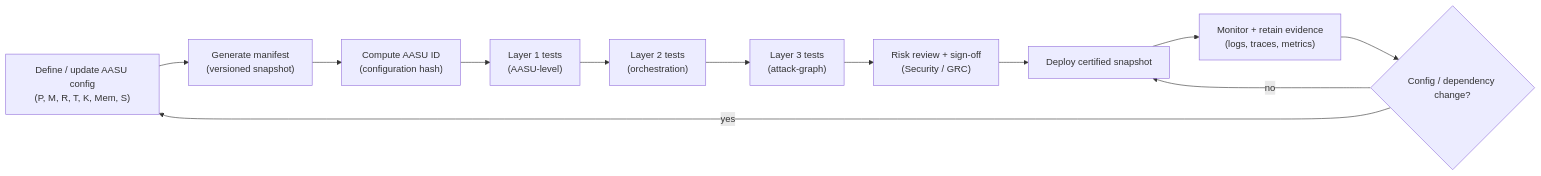
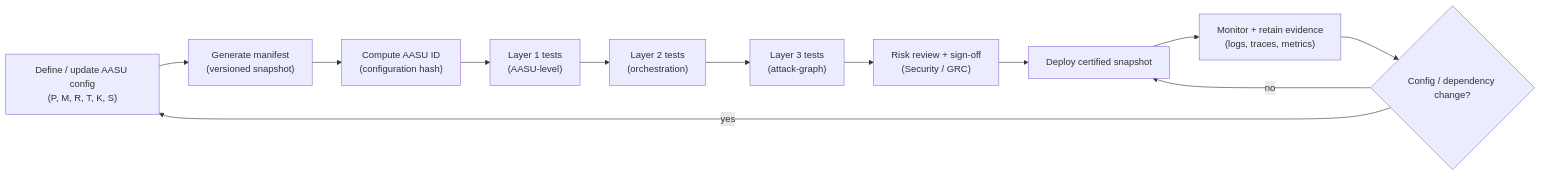
Before and after one commit to SAISec/AASU: the ninth of 9 diagrams in AASU_White_Paper_Consolidated_v2_2.md, drawn with Mermaid. The commit also changed other lines of this file and 16 other files, not shown here.

````diff
--- a/AASU_White_Paper_Consolidated_v2_2.md
+++ b/AASU_White_Paper_Consolidated_v2_2.md
@@ -350,17 +346,17 @@
 ```mermaid
 flowchart LR
-  DEV["Define / update AASU config<br/>(P, M, R, T, K, Mem, S)"] --> MAN["Generate manifest<br/>(versioned snapshot)"]
+  DEV["Define / update AASU config<br/>(P, M, R, T, K, S)"] --> MAN["Generate manifest<br/>(versioned snapshot)"]
   MAN --> HASH["Compute AASU ID<br/>(configuration hash)"]
 
   HASH --> T1["Layer 1 tests<br/>(AASU-level)"]
   T1 --> T2["Layer 2 tests<br/>(orchestration)"]
   T2 --> T3["Layer 3 tests<br/>(attack-graph)"]
 
   T3 --> RISK["Risk review + sign-off<br/>(Security / GRC)"]
   RISK --> DEP["Deploy certified snapshot"]
   DEP --> MON["Monitor + retain evidence<br/>(logs, traces, metrics)"]
 
   MON --> CHG{"Config / dependency change?"}
   CHG -->|yes| DEV
   CHG -->|no| DEP
 ```
````
